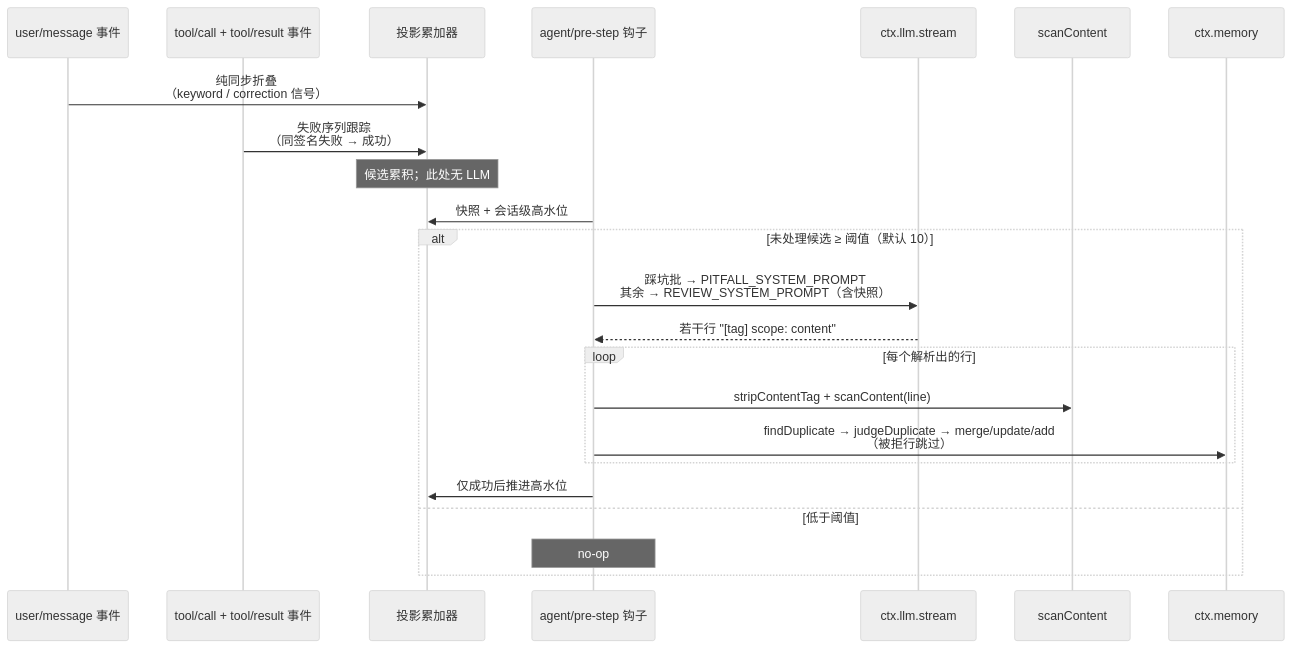
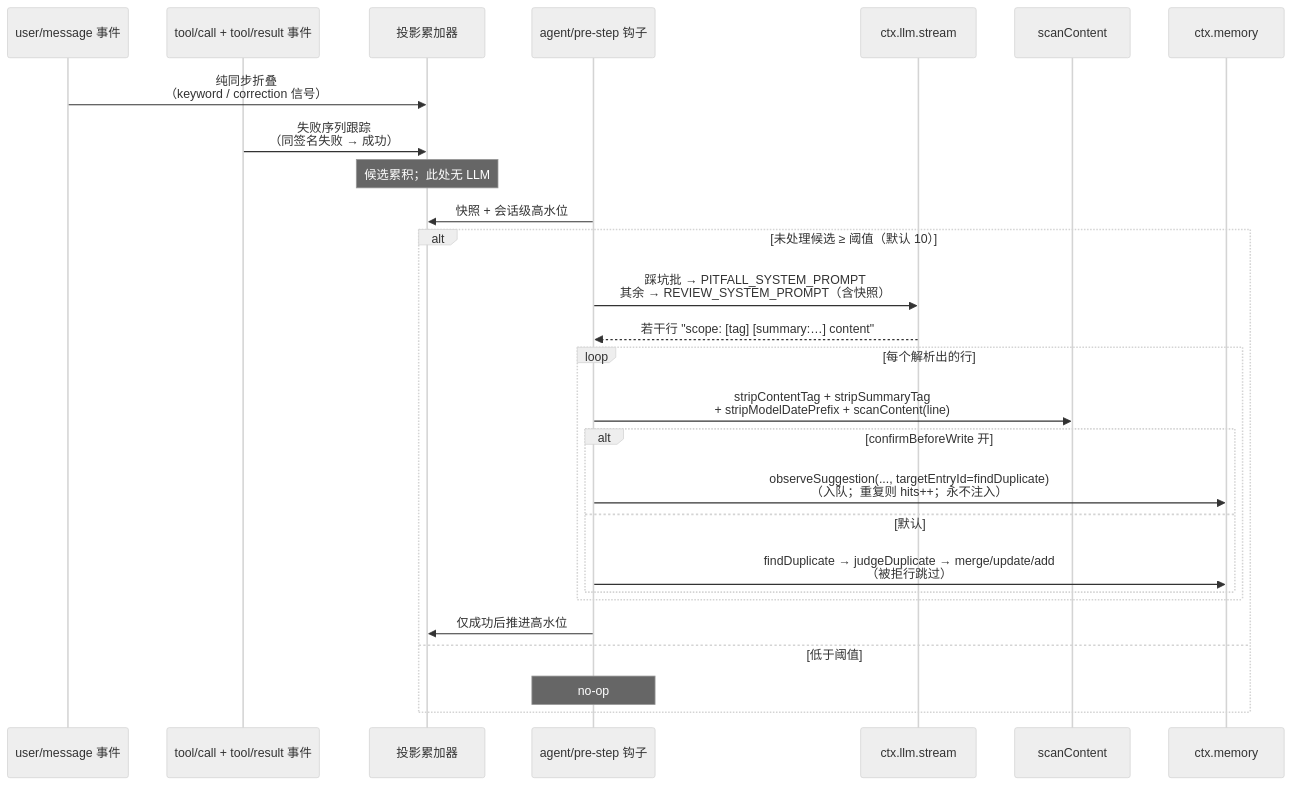
The third of 3 diagrams in docs/TECH_DESIGN.zh-CN.md (chenhw7/dsh-memory), drawn with Mermaid (neutral theme) before and after one commit. The commit also changed other lines of this file and 2 other files, not shown here.

First line of the commit message:
docs: sync zh-CN mirrors (README / TECH_DESIGN / SEQUENCE_DIAGRAMS) with the v0.5.0 implementation

````diff
--- a/docs/TECH_DESIGN.zh-CN.md
+++ b/docs/TECH_DESIGN.zh-CN.md
@@ -159,26 +165,30 @@
 ```mermaid
 sequenceDiagram
   participant U as user/message 事件
   participant TL as tool/call + tool/result 事件
   participant ACC as 投影累加器
   participant STEP as agent/pre-step 钩子
   participant LLM as ctx.llm.stream
   participant SCAN as scanContent
   participant STORE as ctx.memory
 
   U->>ACC: 纯同步折叠<br/>（keyword / correction 信号）
   TL->>ACC: 失败序列跟踪<br/>（同签名失败 → 成功）
   Note over ACC: 候选累积；此处无 LLM
   STEP->>ACC: 快照 + 会话级高水位
   alt 未处理候选 ≥ 阈值（默认 10）
     STEP->>LLM: 踩坑批 → PITFALL_SYSTEM_PROMPT<br/>其余 → REVIEW_SYSTEM_PROMPT（含快照）
-    LLM-->>STEP: 若干行 "[tag] scope: content"
+    LLM-->>STEP: 若干行 "scope: [tag] [summary:…] content"
     loop 每个解析出的行
-      STEP->>SCAN: stripContentTag + scanContent(line)
-      STEP->>STORE: findDuplicate → judgeDuplicate → merge/update/add<br/>（被拒行跳过）
+      STEP->>SCAN: stripContentTag + stripSummaryTag<br/>+ stripModelDatePrefix + scanContent(line)
+      alt confirmBeforeWrite 开
+        STEP->>STORE: observeSuggestion(..., targetEntryId=findDuplicate)<br/>（入队；重复则 hits++；永不注入）
+      else 默认
+        STEP->>STORE: findDuplicate → judgeDuplicate → merge/update/add<br/>（被拒行跳过）
+      end
     end
     STEP->>ACC: 仅成功后推进高水位
   else 低于阈值
     Note over STEP: no-op
   end
 ```
````
